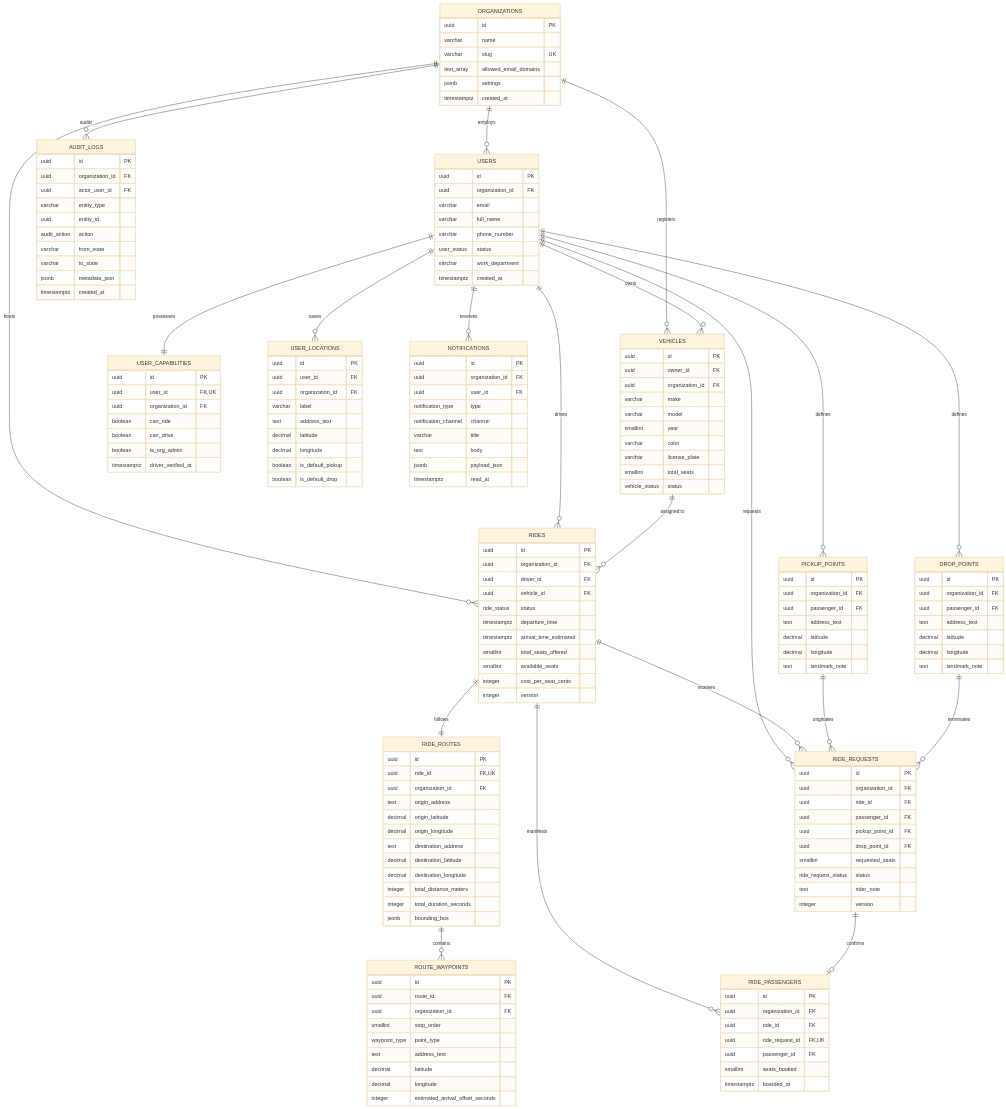
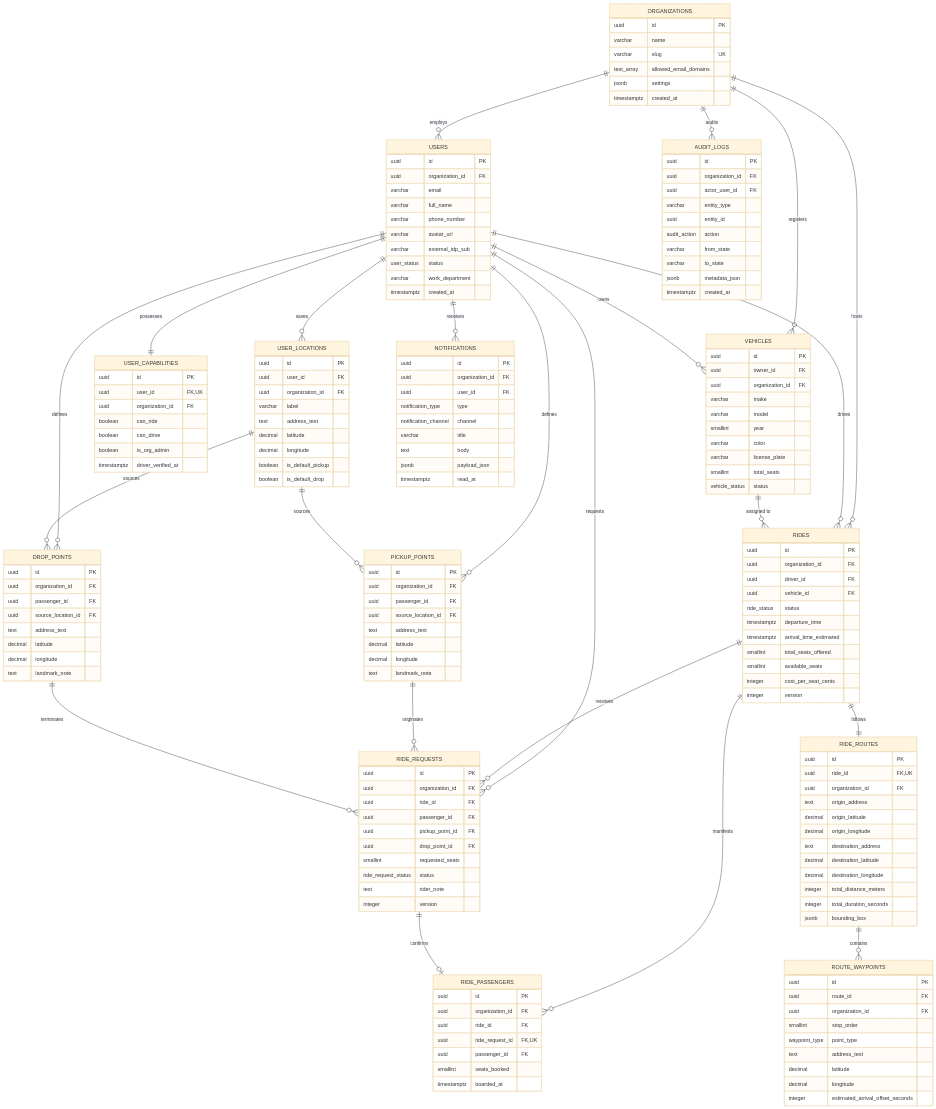
The diagram in docs/DATABASE_SCHEMA.md (amanpratap1999/corporate-carpool-platform), drawn with Mermaid (base theme) before and after one commit. The commit also changed other lines of this file and 35 other files, not shown here.

Commit message:
feat(hardening): complete Claude review v3 hardening, OCC triggers, tests, and schema docs

```diff
--- a/docs/DATABASE_SCHEMA.md
+++ b/docs/DATABASE_SCHEMA.md
@@ -64,12 +64,17 @@
         timestamptz created_at
     }
 
+    USER_LOCATIONS ||--o{ PICKUP_POINTS : "sources"
+    USER_LOCATIONS ||--o{ DROP_POINTS : "sources"
+
     USERS {
         uuid id PK
         uuid organization_id FK
         varchar email
         varchar full_name
         varchar phone_number
+        varchar avatar_url
+        varchar external_idp_sub
         user_status status
         varchar work_department
         timestamptz created_at
@@ -155,6 +160,7 @@
         uuid id PK
         uuid organization_id FK
         uuid passenger_id FK
+        uuid source_location_id FK
         text address_text
         decimal latitude
         decimal longitude
@@ -165,6 +171,7 @@
         uuid id PK
         uuid organization_id FK
         uuid passenger_id FK
+        uuid source_location_id FK
         text address_text
         decimal latitude
         decimal longitude
```
